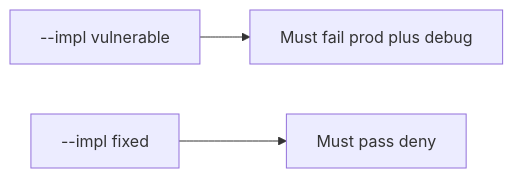
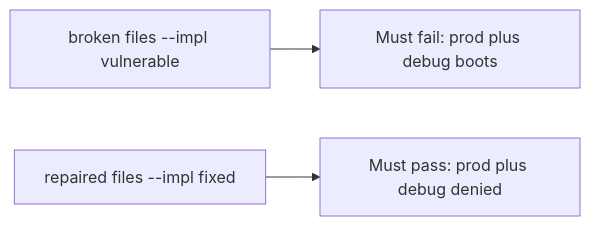
Before and after one commit to ishitvagoel/LearnSecurity: the diagram in content/modules/10/10.4/lessons/05-verify.md, drawn with Mermaid. The commit also changed other lines of this file and 39 other files, not shown here.

````diff
--- a/content/modules/10/10.4/lessons/05-verify.md
+++ b/content/modules/10/10.4/lessons/05-verify.md
@@ -15,5 +14,5 @@
 ```mermaid
 flowchart LR
-  V["--impl vulnerable"] --> F["Must fail prod plus debug"]
-  X["--impl fixed"] --> P["Must pass deny"]
+  V["broken files --impl vulnerable"] --> F[Must fail: prod plus debug boots]
+  X["repaired files --impl fixed"] --> P[Must pass: prod plus debug denied]
 ```
````
